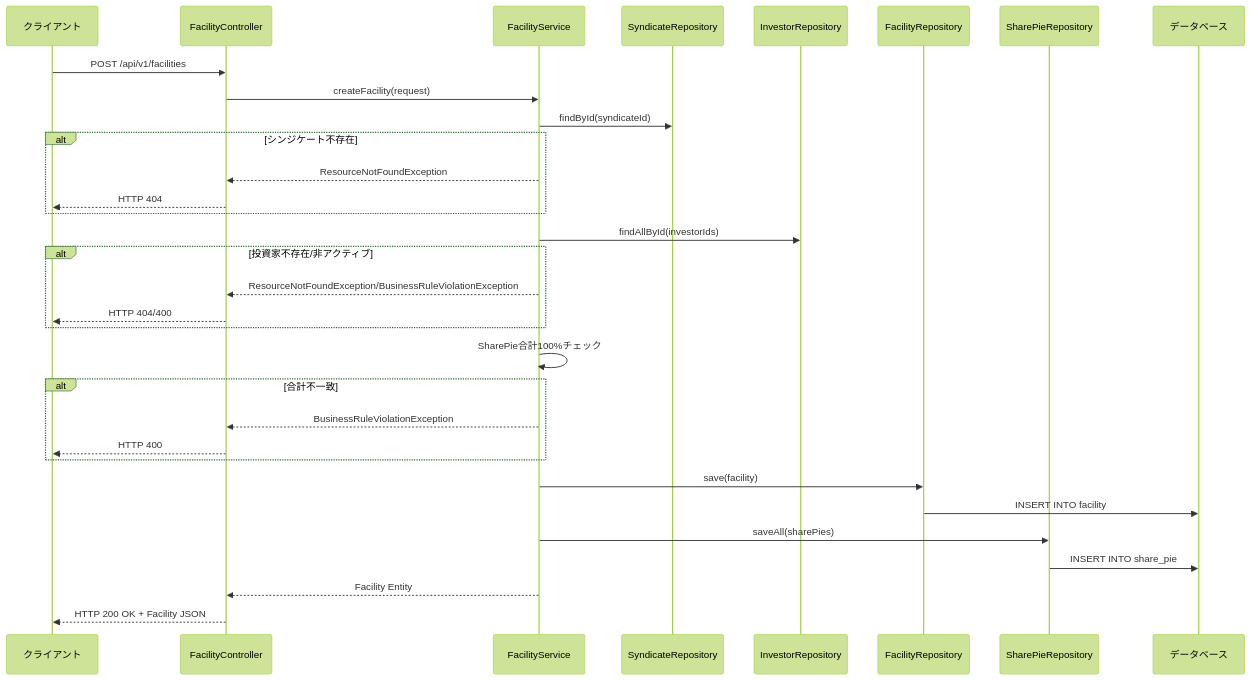
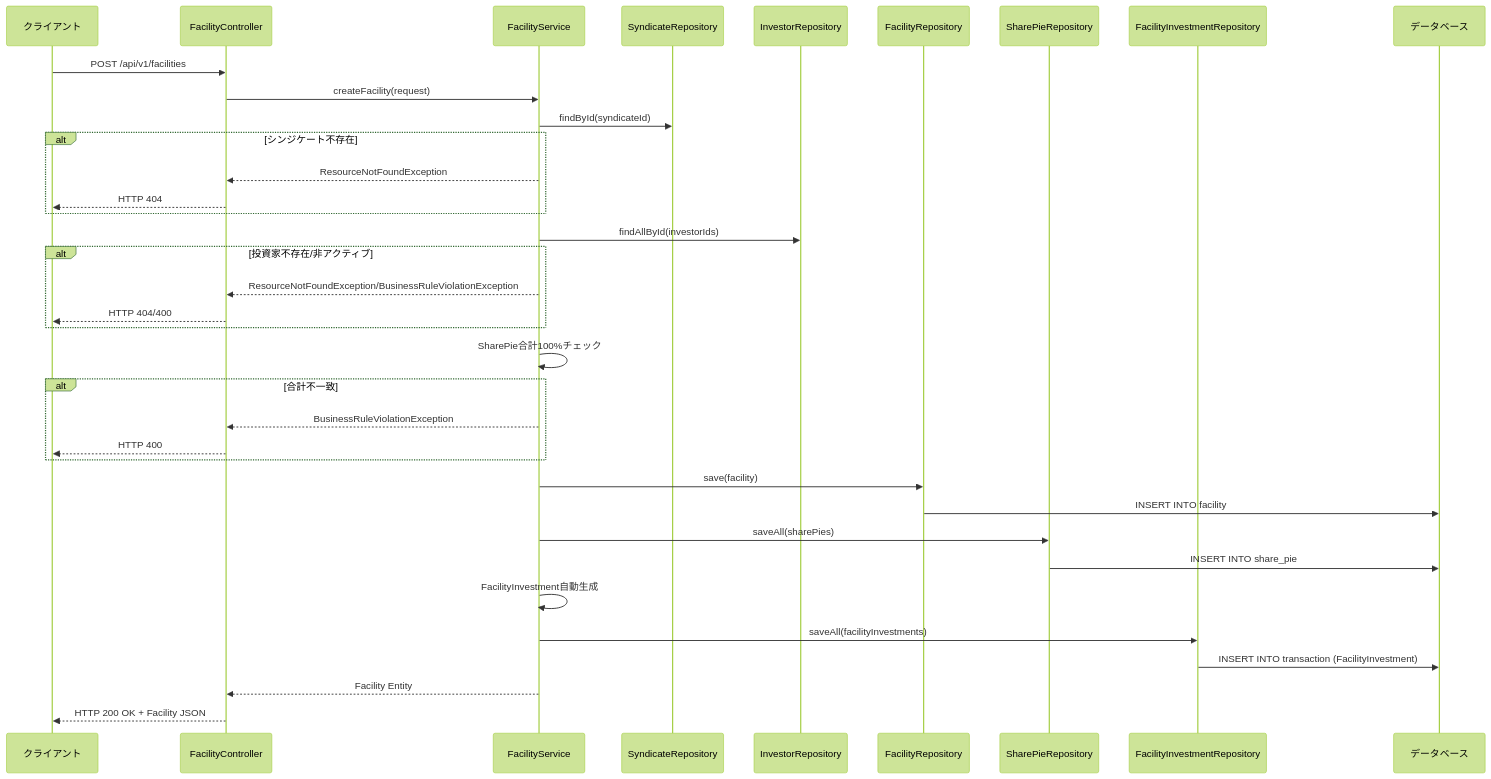
One commit to tis-abe-akira/ddd-ai changed the first of 2 diagrams in docs/create-facility.md. Above: the diagram before and after it, drawn with Mermaid (forest theme). The commit also changed other lines of this file and 3 other files, not shown here.

````diff
--- a/docs/create-facility.md
+++ b/docs/create-facility.md
@@ -9,35 +9,39 @@
 ```mermaid
 sequenceDiagram
     participant Client as クライアント
     participant Controller as FacilityController
     participant Service as FacilityService
     participant SyndicateRepo as SyndicateRepository
     participant InvestorRepo as InvestorRepository
     participant FacilityRepo as FacilityRepository
     participant SharePieRepo as SharePieRepository
+    participant FacilityInvestmentRepo as FacilityInvestmentRepository
     participant DB as データベース
 
     Client->>Controller: POST /api/v1/facilities
     Controller->>Service: createFacility(request)
     Service->>SyndicateRepo: findById(syndicateId)
     alt シンジケート不存在
         Service-->>Controller: ResourceNotFoundException
         Controller-->>Client: HTTP 404
     end
     Service->>InvestorRepo: findAllById(investorIds)
     alt 投資家不存在/非アクティブ
         Service-->>Controller: ResourceNotFoundException/BusinessRuleViolationException
         Controller-->>Client: HTTP 404/400
     end
     Service->>Service: SharePie合計100%チェック
     alt 合計不一致
         Service-->>Controller: BusinessRuleViolationException
         Controller-->>Client: HTTP 400
     end
     Service->>FacilityRepo: save(facility)
     FacilityRepo->>DB: INSERT INTO facility
     Service->>SharePieRepo: saveAll(sharePies)
     SharePieRepo->>DB: INSERT INTO share_pie
+    Service->>Service: FacilityInvestment自動生成
+    Service->>FacilityInvestmentRepo: saveAll(facilityInvestments)
+    FacilityInvestmentRepo->>DB: INSERT INTO transaction (FacilityInvestment)
     Service-->>Controller: Facility Entity
     Controller-->>Client: HTTP 200 OK + Facility JSON
 ```
````
